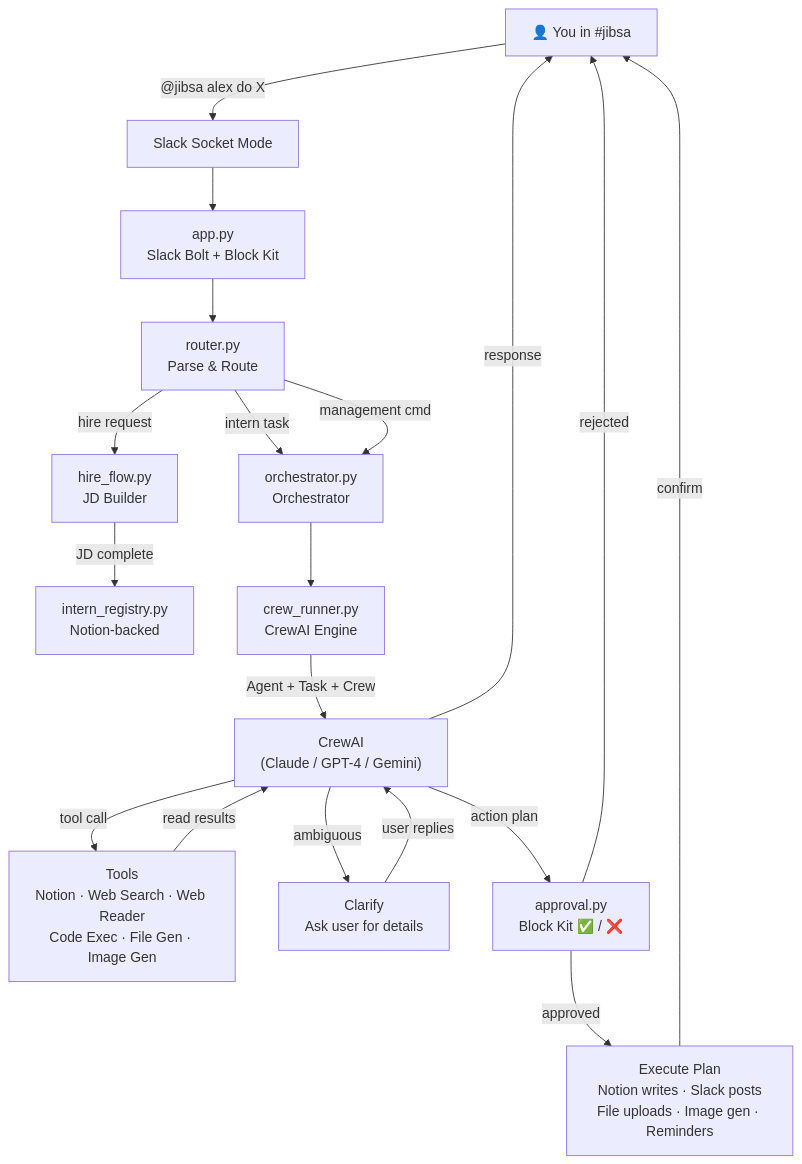
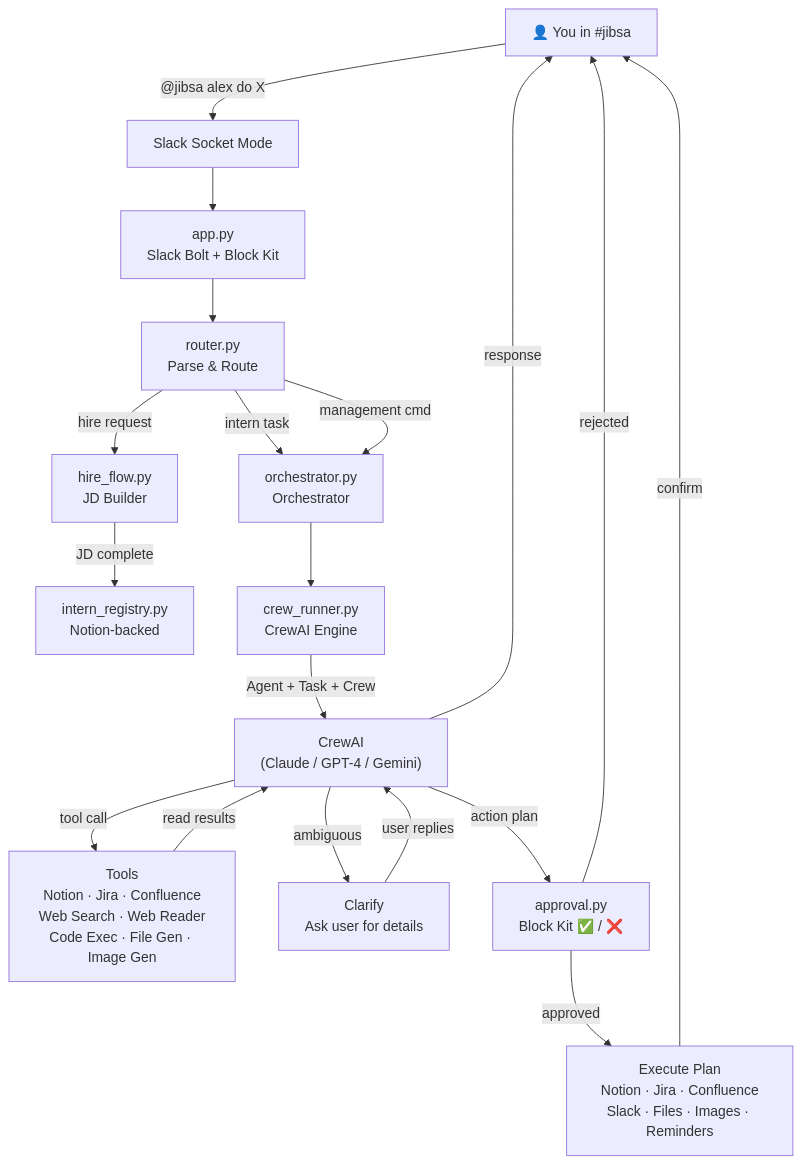
The diagram in README.md (peterjhwang/jibsa-ai), drawn with Mermaid before and after one commit. The commit also changed other lines of this file, not shown here.

Commit message:
feat: Document new Jira and Confluence integrations, enhanced reliability features, and updated quick start scripts.

````diff
--- a/README.md
+++ b/README.md
@@ -292,29 +338,29 @@
 ```mermaid
 graph TD
     User["👤 You in #jibsa"] -->|"@jibsa alex do X"| SlackSocket["Slack Socket Mode"]
 
     SlackSocket --> App["app.py\nSlack Bolt + Block Kit"]
     App --> Router["router.py\nParse & Route"]
 
     Router -->|hire request| HireFlow["hire_flow.py\nJD Builder"]
     Router -->|intern task| Orchestrator["orchestrator.py\nOrchestrator"]
     Router -->|management cmd| Orchestrator
 
     HireFlow -->|JD complete| Registry["intern_registry.py\nNotion-backed"]
 
     Orchestrator --> CrewRunner["crew_runner.py\nCrewAI Engine"]
 
     CrewRunner -->|"Agent + Task + Crew"| CrewAI["CrewAI\n(Claude / GPT-4 / Gemini)"]
 
-    CrewAI -->|tool call| Tools["Tools\nNotion · Web Search · Web Reader\nCode Exec · File Gen · Image Gen"]
+    CrewAI -->|tool call| Tools["Tools\nNotion · Jira · Confluence\nWeb Search · Web Reader\nCode Exec · File Gen · Image Gen"]
     CrewAI -->|ambiguous| Clarify["Clarify\nAsk user for details"]
     Clarify -->|user replies| CrewAI
     CrewAI -->|action plan| Approval["approval.py\nBlock Kit ✅ / ❌"]
 
-    Approval -->|approved| Execute["Execute Plan\nNotion writes · Slack posts\nFile uploads · Image gen · Reminders"]
+    Approval -->|approved| Execute["Execute Plan\nNotion · Jira · Confluence\nSlack · Files · Images · Reminders"]
     Approval -->|rejected| User
 
     Tools -->|read results| CrewAI
     Execute -->|confirm| User
     CrewAI -->|response| User
 ```
````
